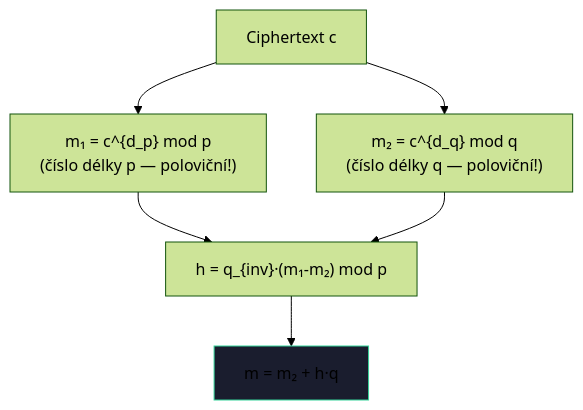
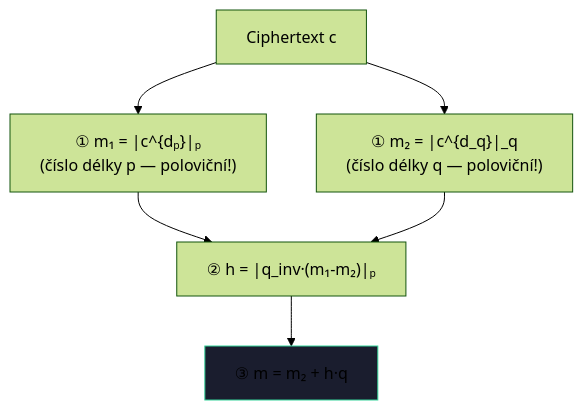
Before and after one commit to MatuskaDev/CTU-KAB-Study-Material: the first of 2 diagrams in docs/skripta/05-asymetricka.md, drawn with Mermaid (forest theme). The commit also changed other lines of this file and 277 other files, not shown here.

````diff
--- a/docs/skripta/05-asymetricka.md
+++ b/docs/skripta/05-asymetricka.md
@@ -305,8 +373,8 @@
 ```mermaid
 flowchart TB
-    C["Ciphertext c"] --> M1["m₁ = c^{d_p} mod p\n(číslo délky p — poloviční!)"]
-    C --> M2["m₂ = c^{d_q} mod q\n(číslo délky q — poloviční!)"]
-    M1 & M2 --> H["h = q_{inv}·(m₁-m₂) mod p"]
-    H --> M["m = m₂ + h·q"]
+    C["Ciphertext c"] --> M1["① m₁ = |c^{dₚ}|ₚ\n(číslo délky p — poloviční!)"]
+    C --> M2["① m₂ = |c^{d_q}|_q\n(číslo délky q — poloviční!)"]
+    M1 & M2 --> H["② h = |q_inv·(m₁-m₂)|ₚ"]
+    H --> M["③ m = m₂ + h·q"]
     style M fill:#1a1d2e,stroke:#34d399
 ```
````
